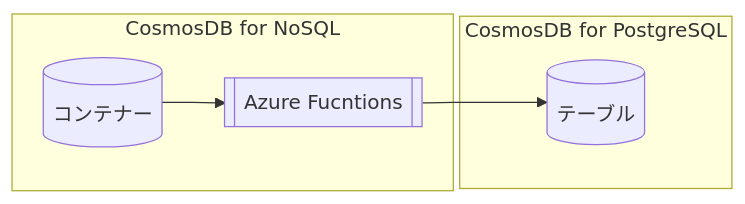
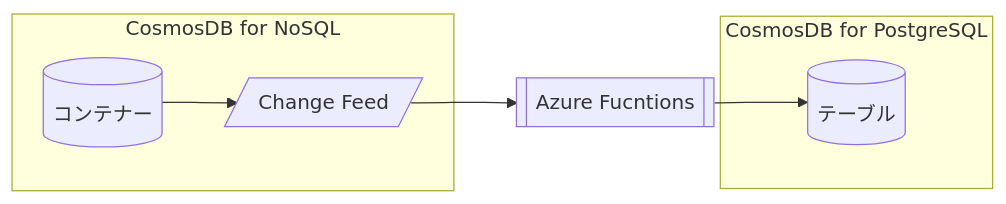
The diagram in 03_ChangeFeed_OperationBasic.md (tahayaka-microsoft/CosmosDB-ChangeFeed-Functions), drawn with Mermaid before and after one commit. The commit also changed other lines of this file, not shown here.

````diff
--- a/03_ChangeFeed_OperationBasic.md
+++ b/03_ChangeFeed_OperationBasic.md
@@ -20,10 +29,11 @@
 ```mermaid
 graph LR
   subgraph sg1["CosmosDB for NoSQL"]
-    A[(コンテナー)] --> B[[Azure Fucntions]]
+    A[(コンテナー)] --> B[/"Change Feed"/] 
   end
+  B --> C[[Azure Fucntions]]
   subgraph sg2["CosmosDB for PostgreSQL"]
-    C[(テーブル)]
+    D[(テーブル)]
   end
-  B-->C
+  C-->D
 ```
````
